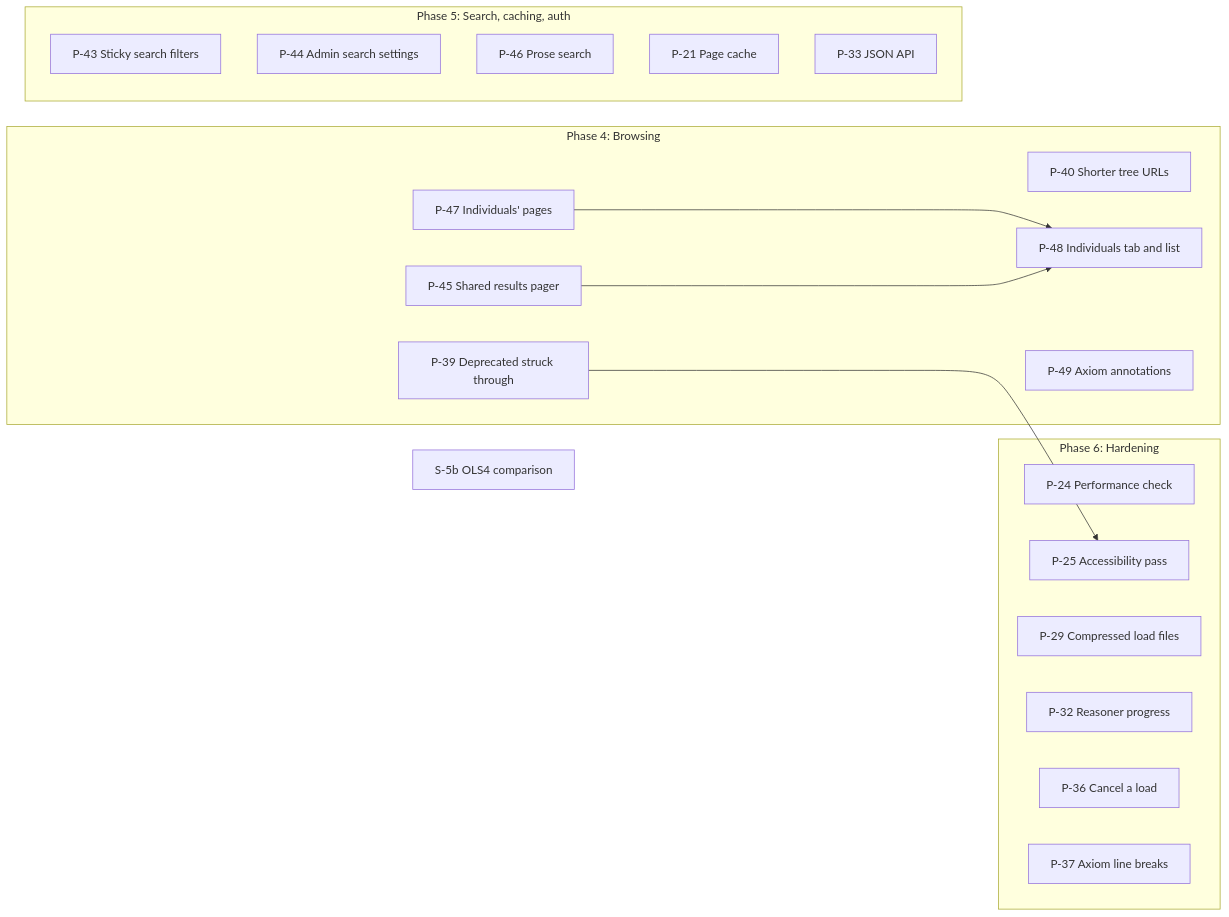
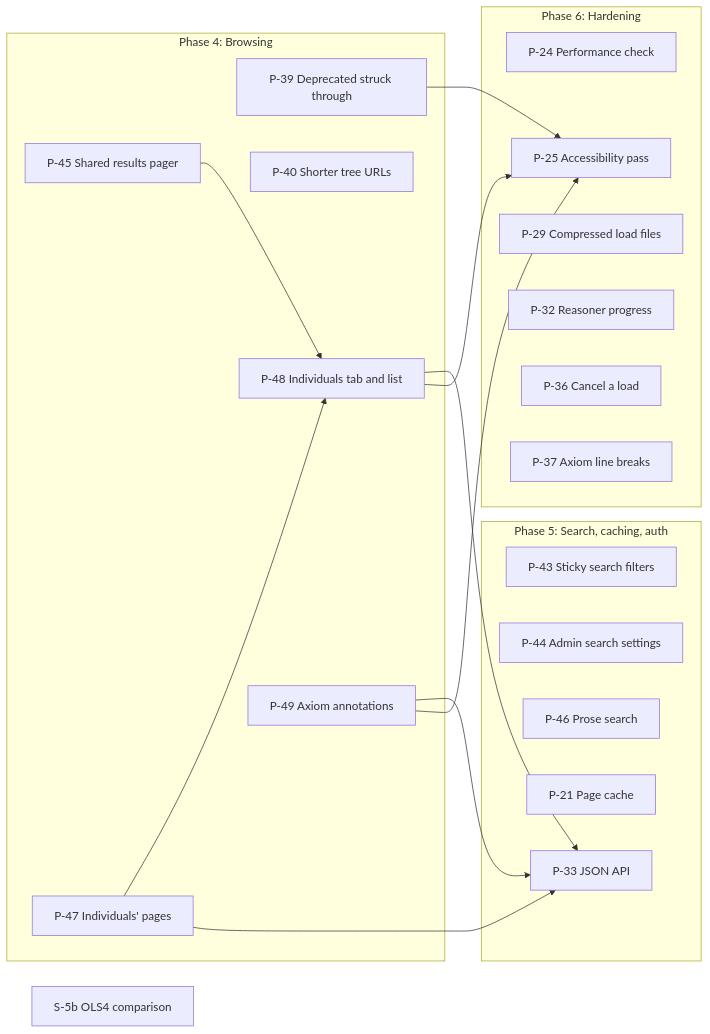
Before and after one commit to jclerman/browl: the diagram in docs/DESIGN.md, drawn with Mermaid. The commit also changed other lines of this file, not shown here.

````diff
--- a/docs/DESIGN.md
+++ b/docs/DESIGN.md
@@ -2186,31 +2213,36 @@
 ```mermaid
 flowchart LR
     subgraph P4["Phase 4: Browsing"]
         P39["P-39 Deprecated struck through"]
         P40["P-40 Shorter tree URLs"]
         P45["P-45 Shared results pager"]
         P47["P-47 Individuals' pages"]
         P48["P-48 Individuals tab and list"]
         P49["P-49 Axiom annotations"]
     end
     subgraph P5["Phase 5: Search, caching, auth"]
         P43["P-43 Sticky search filters"]
         P44["P-44 Admin search settings"]
         P46["P-46 Prose search"]
         P21["P-21 Page cache"]
         P33["P-33 JSON API"]
     end
     subgraph P6["Phase 6: Hardening"]
         P24["P-24 Performance check"]
         P25["P-25 Accessibility pass"]
         P29["P-29 Compressed load files"]
         P32["P-32 Reasoner progress"]
         P36["P-36 Cancel a load"]
         P37["P-37 Axiom line breaks"]
     end
     S5b["S-5b OLS4 comparison"]
 
     P39 --> P25
     P47 --> P48
     P45 --> P48
+    P47 --> P33
+    P48 --> P33
+    P49 --> P33
+    P48 --> P25
+    P49 --> P25
 ```
````
